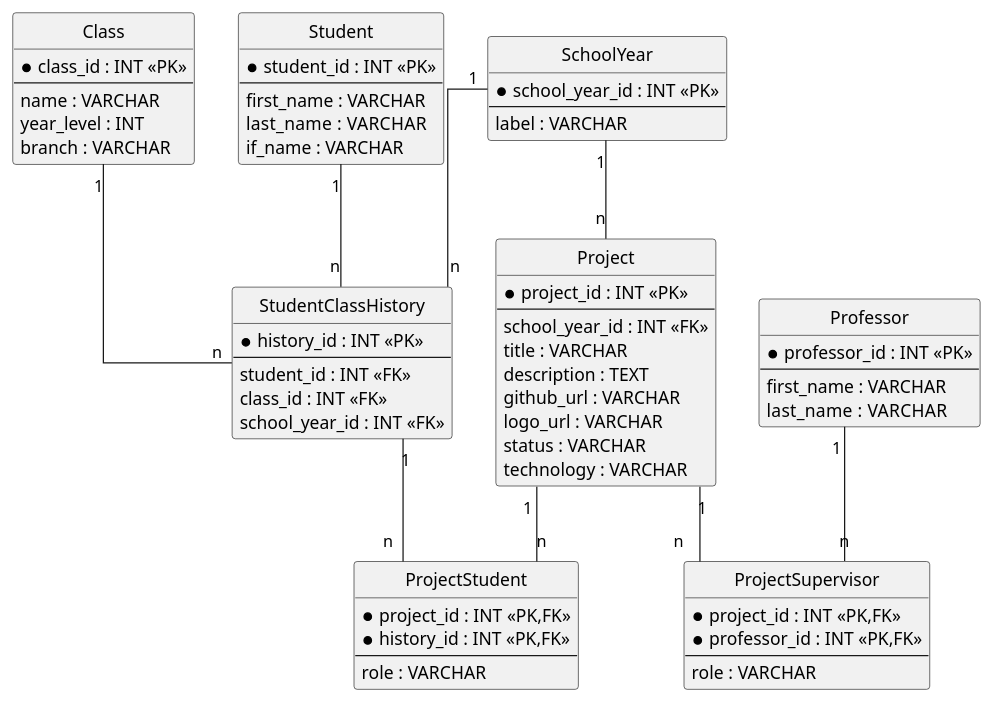
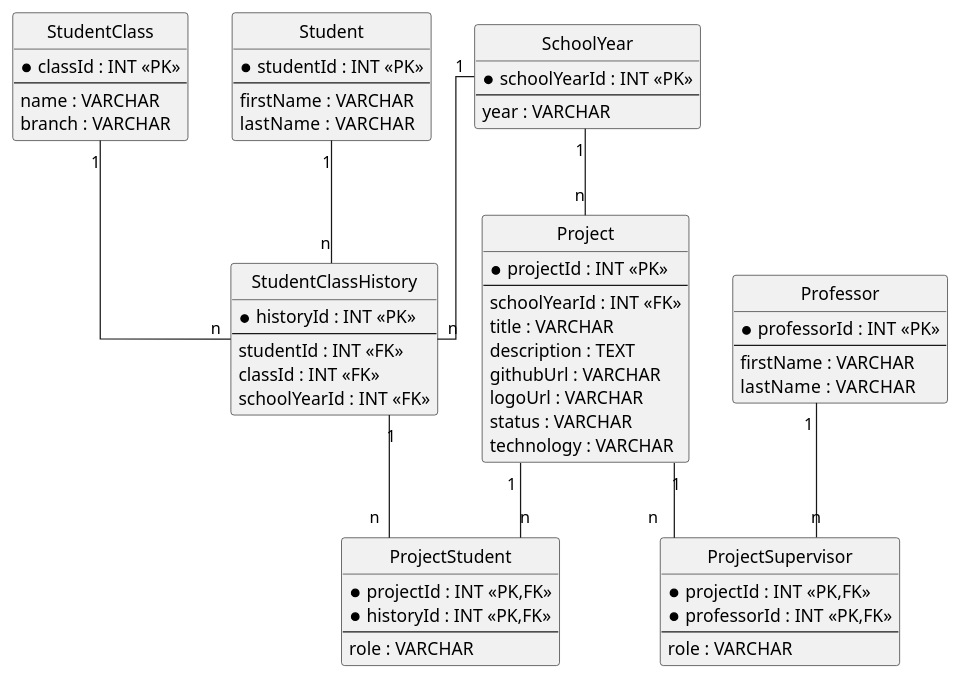
Before and after one commit to 252627-BHIF-SYP/Projekt-Managment: the diagram in datamodel.puml, drawn with PlantUML. The commit also changed 216 other files, not shown here.

```diff
--- a/datamodel.puml
+++ b/datamodel.puml
@@ -1,80 +1,78 @@
 @startuml
 hide circle
 skinparam linetype ortho
 skinparam shadowing false
 
 entity "SchoolYear" as SchoolYear {
-  * school_year_id : INT <<PK>>
+  * schoolYearId : INT <<PK>>
   --
-  label : VARCHAR
+  year : VARCHAR
 }
 
-entity "Class" as Class {
-  * class_id : INT <<PK>>
+entity "StudentClass" as Class {
+  * classId : INT <<PK>>
   --
   name : VARCHAR
-  year_level : INT
   branch : VARCHAR
 }
 
 entity "Student" as Student {
-  * student_id : INT <<PK>>
+  * studentId : INT <<PK>>
   --
-  first_name : VARCHAR
-  last_name  : VARCHAR
-  if_name : VARCHAR
+  firstName : VARCHAR
+  lastName  : VARCHAR
 }
 
 entity "Professor" as Professor {
-  * professor_id : INT <<PK>>
+  * professorId : INT <<PK>>
   --
-  first_name : VARCHAR
-  last_name  : VARCHAR
+  firstName : VARCHAR
+  lastName  : VARCHAR
 }
 
 entity "StudentClassHistory" as StudentClassHistory {
-  * history_id : INT <<PK>>
+  * historyId : INT <<PK>>
   --
-  student_id : INT <<FK>>
-  class_id : INT <<FK>>
-  school_year_id : INT <<FK>>
+  studentId : INT <<FK>>
+  classId : INT <<FK>>
+  schoolYearId : INT <<FK>>
 }
 
 entity "Project" as Project {
-  * project_id : INT <<PK>>
+  * projectId : INT <<PK>>
   --
-  school_year_id : INT <<FK>>
+  schoolYearId : INT <<FK>>
   title : VARCHAR
   description : TEXT
-  github_url : VARCHAR
-  logo_url : VARCHAR
+  githubUrl : VARCHAR
+  logoUrl : VARCHAR
   status : VARCHAR
   technology : VARCHAR
 }
 
 entity "ProjectStudent" as ProjectStudent {
-  * project_id : INT <<PK,FK>>
-  * history_id : INT <<PK,FK>>
+  * projectId : INT <<PK,FK>>
+  * historyId : INT <<PK,FK>>
   --
   role : VARCHAR
 }
 
 entity "ProjectSupervisor" as ProjectSupervisor {
-  * project_id : INT <<PK,FK>>
-  * professor_id : INT <<PK,FK>>
+  * projectId : INT <<PK,FK>>
+  * professorId : INT <<PK,FK>>
   --
   role : VARCHAR
 }
 
 SchoolYear "1" -- "n" StudentClassHistory
 Class      "1" -- "n" StudentClassHistory
 Student    "1" -- "n" StudentClassHistory
 
 SchoolYear "1" -- "n" Project
 
 Project              "1" -- "n" ProjectStudent
 StudentClassHistory  "1" -- "n" ProjectStudent
 
 Project    "1" -- "n" ProjectSupervisor
 Professor  "1" -- "n" ProjectSupervisor
 @enduml
```
